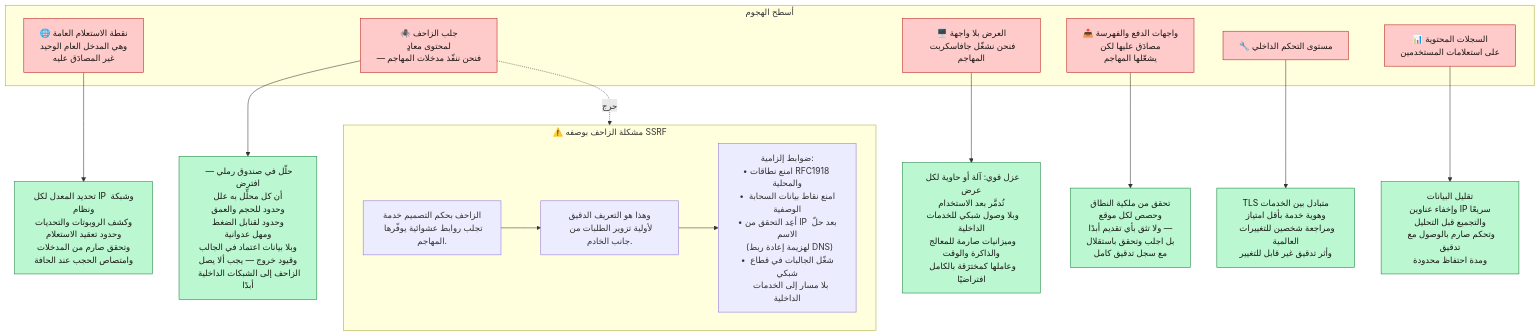
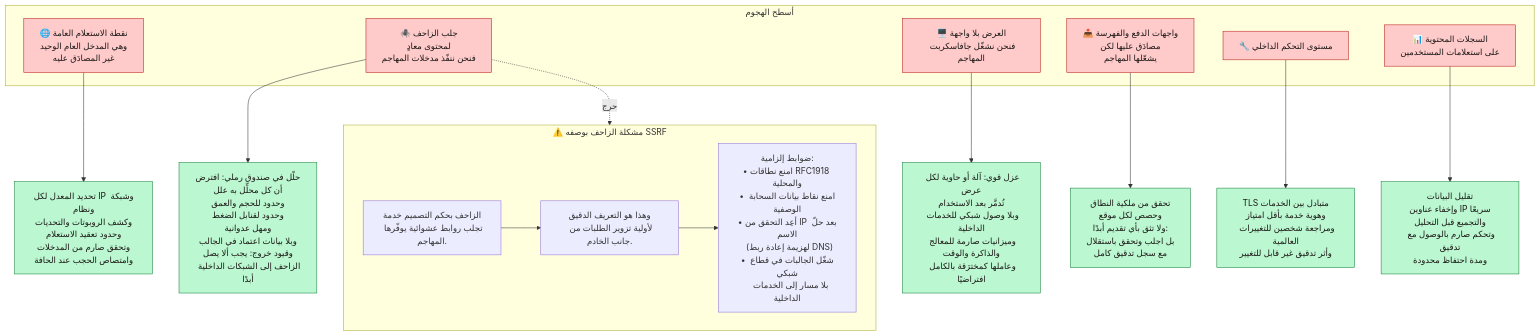
One commit to ahmedselimmansor-ctrl/google-search-system-design changed the third of 4 diagrams in docs/ar/14-security-abuse.md. Above: the diagram before and after it, drawn with Mermaid. The commit also changed other lines of this file and 89 other files, not shown here.

````diff
--- a/docs/ar/14-security-abuse.md
+++ b/docs/ar/14-security-abuse.md
@@ -167,37 +167,37 @@
 ```mermaid
 flowchart TB
     subgraph SURFACES["أسطح الهجوم"]
         S1["🌐 نقطة الاستعلام العامة<br/>وهي المدخل العام الوحيد<br/>غير المصادَق عليه"]
-        S2["🕷️ جلب الزاحف<br/>لمحتوى معادٍ<br/>— فنحن ننفّذ مدخلات المهاجم"]
+        S2["🕷️ جلب الزاحف<br/>لمحتوى معادٍ<br/>فنحن ننفّذ مدخلات المهاجم"]
         S3["🖥️ العرض بلا واجهة<br/>فنحن نشغّل جافاسكربت المهاجم"]
         S4["📤 واجهات الدفع والفهرسة<br/>مصادَق عليها لكن<br/>يشغّلها المهاجم"]
         S5["🔧 مستوى التحكم الداخلي"]
         S6["📊 السجلات المحتوية<br/>على استعلامات المستخدمين"]
     end
 
     S1 --> C1["تحديد المعدل لكل IP وشبكة ونظام<br/>وكشف الروبوتات والتحديات<br/>وحدود تعقيد الاستعلام<br/>وتحقق صارم من المدخلات<br/>وامتصاص الحجب عند الحافة"]
 
-    S2 --> C2["حلّل في صندوق رملي — افترض<br/>أن كل محلِّل به علل<br/>وحدود للحجم والعمق<br/>وحدود لقنابل الضغط<br/>ومهل عدوانية<br/>وبلا بيانات اعتماد في الجالب<br/>وقيود خروج — يجب ألا يصل<br/>الزاحف إلى الشبكات الداخلية أبدًا"]
+    S2 --> C2["حلّل في صندوق رملي: افترض<br/>أن كل محلِّل به علل<br/>وحدود للحجم والعمق<br/>وحدود لقنابل الضغط<br/>ومهل عدوانية<br/>وبلا بيانات اعتماد في الجالب<br/>وقيود خروج: يجب ألا يصل<br/>الزاحف إلى الشبكات الداخلية أبدًا"]
 
     S3 --> C3["عزل قوي: آلة أو حاوية لكل عرض<br/>تُدمَّر بعد الاستخدام<br/>وبلا وصول شبكي للخدمات الداخلية<br/>وميزانيات صارمة للمعالج والذاكرة والوقت<br/>وعاملها كمخترَقة بالكامل افتراضيًا"]
 
-    S4 --> C4["تحقق من ملكية النطاق<br/>وحصص لكل موقع<br/>ولا تثق بأي تقديم أبدًا —<br/>بل اجلب وتحقق باستقلال<br/>مع سجل تدقيق كامل"]
+    S4 --> C4["تحقق من ملكية النطاق<br/>وحصص لكل موقع<br/>ولا تثق بأي تقديم أبدًا:<br/>بل اجلب وتحقق باستقلال<br/>مع سجل تدقيق كامل"]
 
     S5 --> C5["TLS متبادل بين الخدمات<br/>وهوية خدمة بأقل امتياز<br/>ومراجعة شخصين للتغييرات العالمية<br/>وأثر تدقيق غير قابل للتغيير"]
 
     S6 --> C6["تقليل البيانات<br/>وإخفاء عناوين IP سريعًا<br/>والتجميع قبل التحليل<br/>وتحكم صارم بالوصول مع تدقيق<br/>ومدة احتفاظ محدودة"]
 
     subgraph SSRF["⚠️ مشكلة الزاحف بوصفه SSRF"]
         X1["الزاحف بحكم التصميم خدمة<br/>تجلب روابط عشوائية يوفّرها المهاجم."]
         X2["وهذا هو التعريف الدقيق<br/>لأولية تزوير الطلبات من جانب الخادم."]
         X3["ضوابط إلزامية:<br/>• امنع نطاقات RFC1918 والمحلية<br/>• امنع نقاط بيانات السحابة الوصفية<br/>• أعِد التحقق من IP بعد حلّ الاسم<br/>  (لهزيمة إعادة ربط DNS)<br/>• شغّل الجالبات في قطاع شبكي<br/>  بلا مسار إلى الخدمات الداخلية"]
         X1 --> X2 --> X3
     end
 
     S2 -.حرج.-> SSRF
 
     classDef surface fill:#fecaca,stroke:#b91c1c,color:#1c1917
     classDef control fill:#bbf7d0,stroke:#15803d,color:#1c1917
     class S1,S2,S3,S4,S5,S6 surface
     class C1,C2,C3,C4,C5,C6 control
 ```
````
